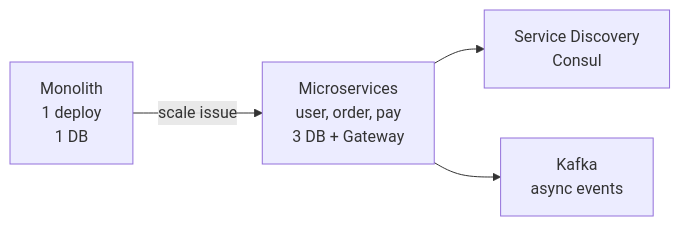
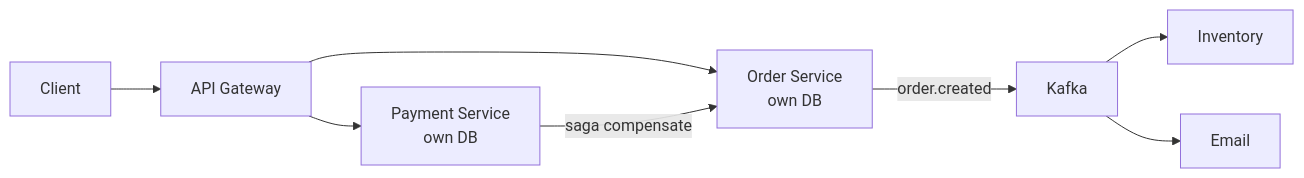
One commit to rakshitagarwal/champ-dsa changed the diagram in content/system-design/microservices.md. Above: the diagram before and after it, drawn with Mermaid. The commit also changed other lines of this file and 100 other files, not shown here.

````diff
--- a/content/system-design/microservices.md
+++ b/content/system-design/microservices.md
@@ -25,6 +51,10 @@
 ```mermaid
 graph LR
-    A[Monolith<br/>1 deploy<br/>1 DB] -->|scale issue| B[Microservices<br/>user, order, pay<br/>3 DB + Gateway]
-    B --> C[Service Discovery<br/>Consul]
-    B --> D[Kafka<br/>async events]
+    A[Client] --> B[API Gateway]
+    B --> C[Order Service<br/>own DB]
+    B --> D[Payment Service<br/>own DB]
+    C -->|order.created| E[Kafka]
+    E --> F[Inventory]
+    E --> G[Email]
+    D -->|saga compensate| C
 ```
````
